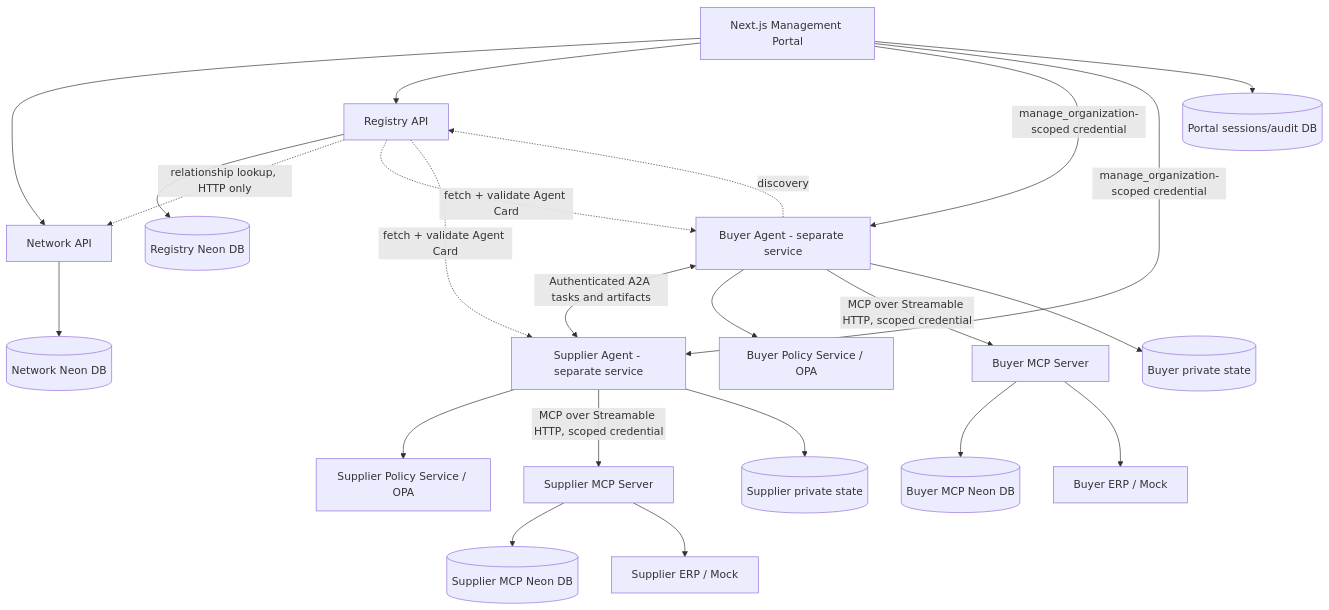
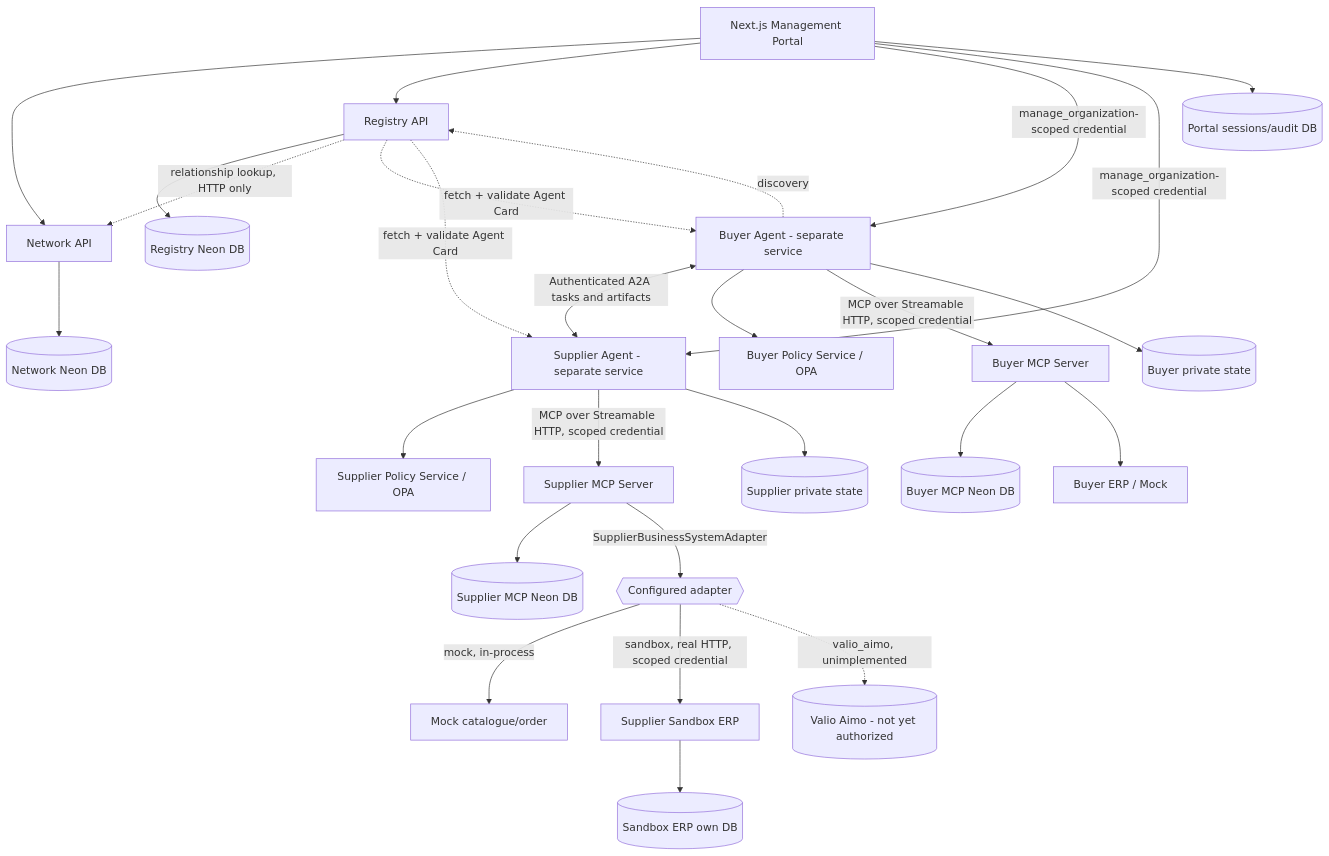
One commit to Ponnusa/aimo-ai changed the diagram in aimo-brain-starter/docs/ARCHITECTURE.md. Above: the diagram before and after it, drawn with Mermaid. The commit also changed other lines of this file and 68 other files, not shown here.

First line of the commit message:
AIMO BRAIN: implement M7 (generic supplier business-system adapter, sandbox ERP, real supplier-side reconciliation)

````diff
--- a/aimo-brain-starter/docs/ARCHITECTURE.md
+++ b/aimo-brain-starter/docs/ARCHITECTURE.md
@@ -95,25 +95,29 @@
 ```mermaid
 flowchart TB
   P[Next.js Management Portal] --> N[Network API]
   P --> G[Registry API]
   P -->|manage_organization-scoped credential| B
   P -->|manage_organization-scoped credential| S
   P --> PD[(Portal sessions/audit DB)]
   N --> R[(Network Neon DB)]
   G --> RG[(Registry Neon DB)]
   G -. relationship lookup, HTTP only .-> N
   G -. fetch + validate Agent Card .-> B[Buyer Agent - separate service]
   G -. fetch + validate Agent Card .-> S[Supplier Agent - separate service]
   B -. discovery .-> G
   B <-->|Authenticated A2A tasks and artifacts| S
   B --> BP[Buyer Policy Service / OPA]
   S --> SP[Supplier Policy Service / OPA]
   B -->|MCP over Streamable HTTP, scoped credential| BM[Buyer MCP Server]
   S -->|MCP over Streamable HTTP, scoped credential| SM[Supplier MCP Server]
   BM --> BMD[(Buyer MCP Neon DB)]
   SM --> SMD[(Supplier MCP Neon DB)]
   BM --> BE[Buyer ERP / Mock]
-  SM --> SE[Supplier ERP / Mock]
+  SM -->|SupplierBusinessSystemAdapter| SADP{{Configured adapter}}
+  SADP -->|mock, in-process| SE[Mock catalogue/order]
+  SADP -->|sandbox, real HTTP, scoped credential| SBX[Supplier Sandbox ERP]
+  SADP -.->|valio_aimo, unimplemented| VAL[(Valio Aimo - not yet authorized)]
+  SBX --> SBXD[(Sandbox ERP own DB)]
   B --> BD[(Buyer private state)]
   S --> SD[(Supplier private state)]
 ```
````
